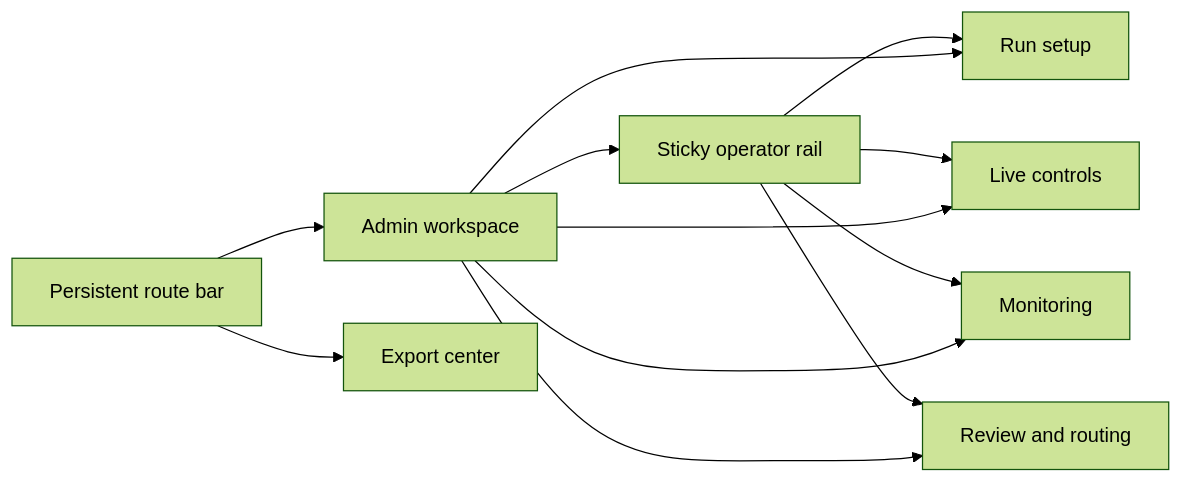
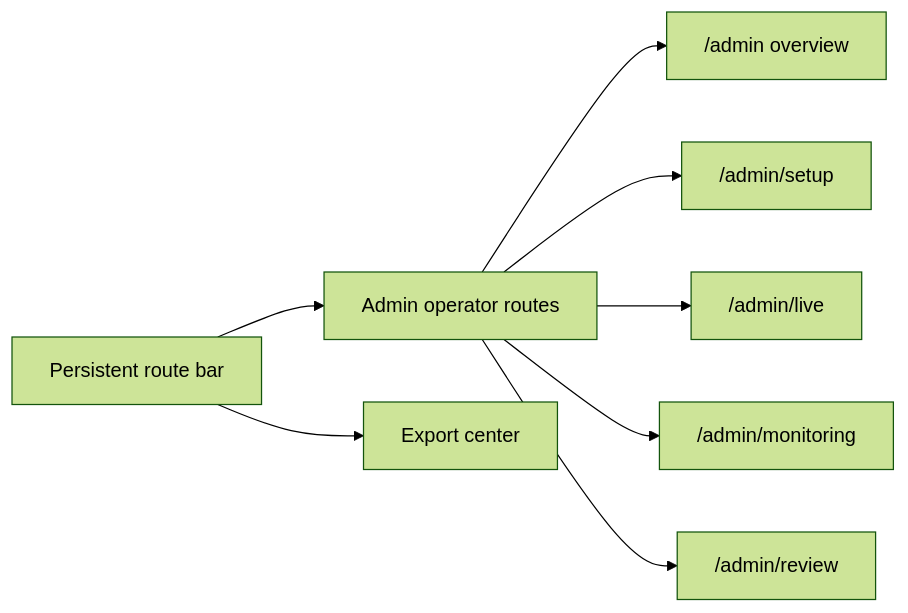
One commit to shrijacked/wizard-of-oz-control-app changed the second of 7 diagrams in docs/architecture.md. Above: the diagram before and after it, drawn with Mermaid (forest theme). The commit also changed other lines of this file and 2 other files, not shown here.

Commit message:
Document the multi-page operator flow

````diff
--- a/docs/architecture.md
+++ b/docs/architecture.md
@@ -75,14 +79,10 @@
 ```mermaid
 flowchart LR
-    topbar["Persistent route bar"] --> admin["Admin workspace"]
+    topbar["Persistent route bar"] --> admin["Admin operator routes"]
     topbar --> exports["Export center"]
-    rail["Sticky operator rail"] --> setup["Run setup"]
-    rail --> live["Live controls"]
-    rail --> monitoring["Monitoring"]
-    rail --> review["Review and routing"]
-    admin --> rail
-    admin --> setup
-    admin --> live
-    admin --> monitoring
-    admin --> review
+    admin --> overview["/admin overview"]
+    admin --> setup["/admin/setup"]
+    admin --> live["/admin/live"]
+    admin --> monitoring["/admin/monitoring"]
+    admin --> review["/admin/review"]
 ```
````
